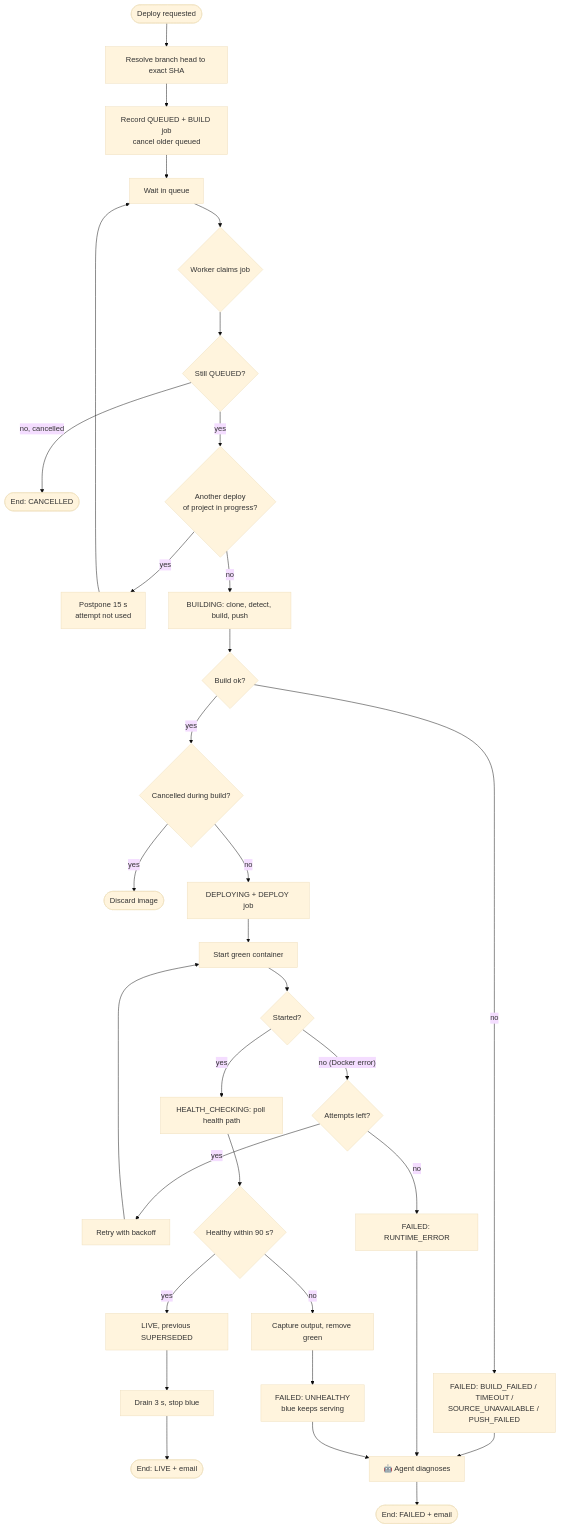
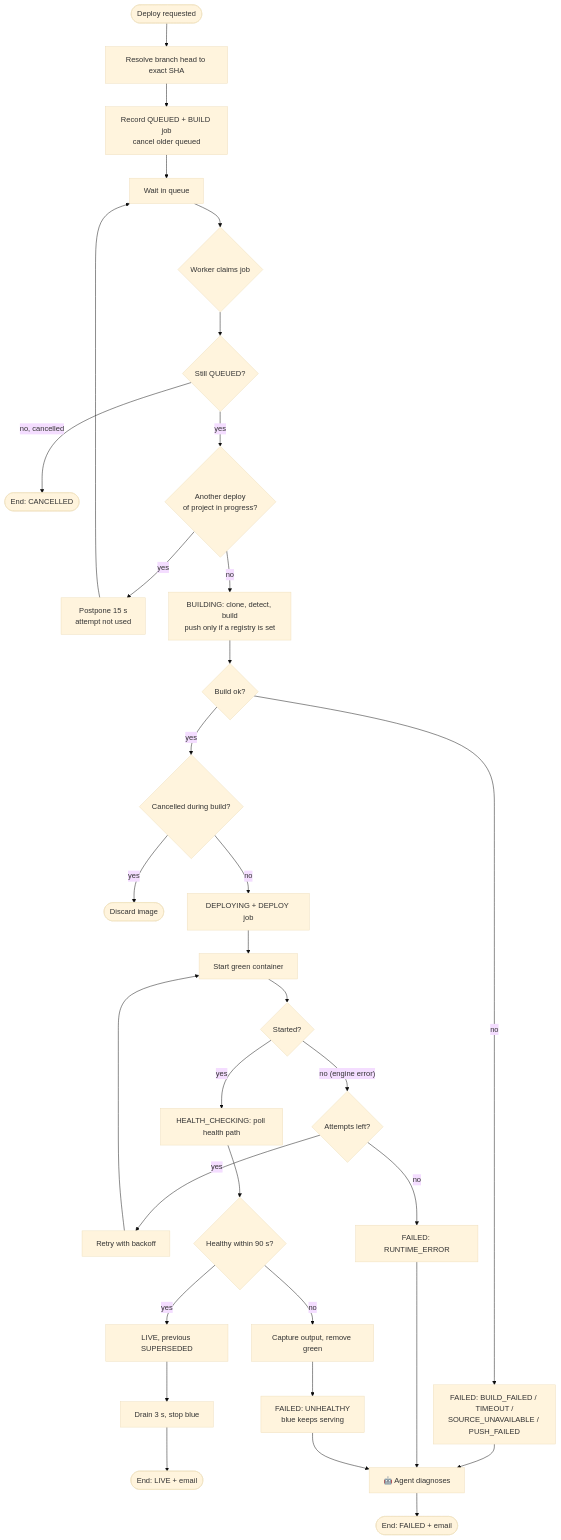
One commit to sshivanshg/forge changed the eighth of 10 diagrams in docs/04-interactions.md. Above: the diagram before and after it, drawn with Mermaid (base theme). The commit also changed other lines of this file and 11 other files, not shown here.

````diff
--- a/docs/04-interactions.md
+++ b/docs/04-interactions.md
@@ -237,29 +243,29 @@
 ```mermaid
 flowchart TD
     start([Deploy requested]) --> pin[Resolve branch head to exact SHA]
     pin --> rec[Record QUEUED + BUILD job<br/>cancel older queued]
     rec --> wait[Wait in queue]
     wait --> claim{Worker claims job}
     claim --> cancelled{Still QUEUED?}
     cancelled -- no, cancelled --> stopA([End: CANCELLED])
     cancelled -- yes --> busy{Another deploy<br/>of project in progress?}
     busy -- yes --> postpone[Postpone 15 s<br/>attempt not used] --> wait
-    busy -- no --> building[BUILDING: clone, detect, build, push]
+    busy -- no --> building[BUILDING: clone, detect, build<br/>push only if a registry is set]
     building --> buildok{Build ok?}
     buildok -- no --> failB[FAILED: BUILD_FAILED / TIMEOUT /<br/>SOURCE_UNAVAILABLE / PUSH_FAILED]
     buildok -- yes --> stillb{Cancelled during build?}
     stillb -- yes --> stopB([Discard image])
     stillb -- no --> deploying[DEPLOYING + DEPLOY job]
     deploying --> start2[Start green container]
     start2 --> startok{Started?}
-    startok -- "no (Docker error)" --> retry{Attempts left?}
+    startok -- "no (engine error)" --> retry{Attempts left?}
     retry -- yes --> backoff[Retry with backoff] --> start2
     retry -- no --> failR[FAILED: RUNTIME_ERROR]
     startok -- yes --> hc[HEALTH_CHECKING: poll health path]
     hc --> healthy{Healthy within 90 s?}
     healthy -- no --> rej[Capture output, remove green] --> failU[FAILED: UNHEALTHY<br/>blue keeps serving]
     healthy -- yes --> live[LIVE, previous SUPERSEDED] --> drain[Drain 3 s, stop blue] --> done([End: LIVE + email])
     failB --> agent[🤖 Agent diagnoses] --> endF([End: FAILED + email])
     failR --> agent
     failU --> agent
 ```
````
